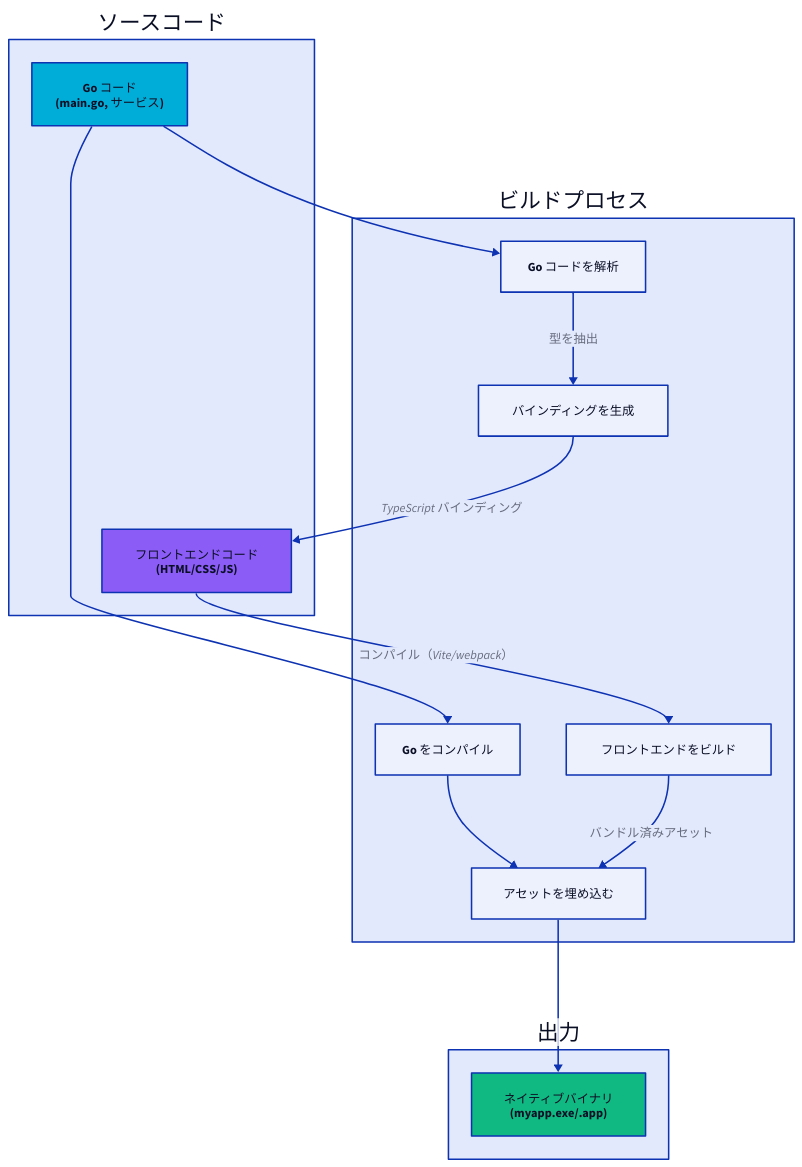
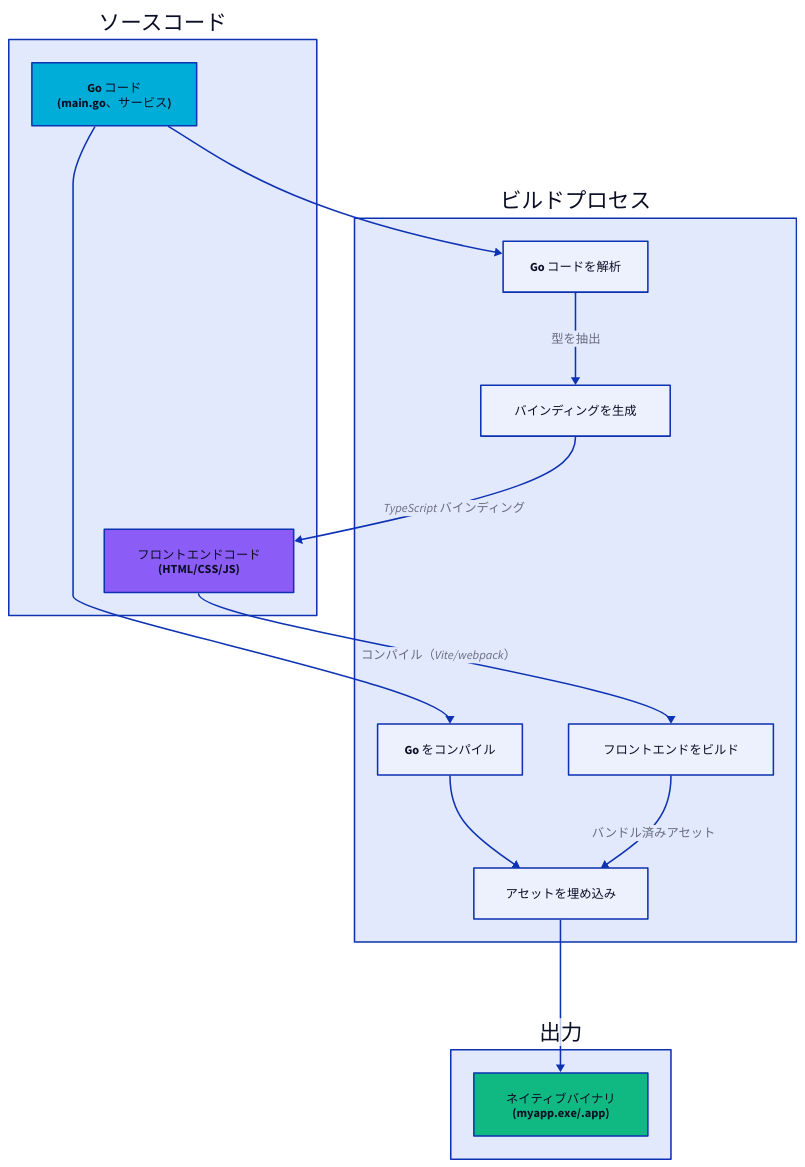
One commit to wailsapp/wails changed the fifth of 8 diagrams in docs/mpress/content/ja/concepts/architecture.md. Above: the diagram before and after it, drawn with D2. The commit also changed other lines of this file and 1096 other files, not shown here.

````diff
--- a/docs/mpress/content/ja/concepts/architecture.md
+++ b/docs/mpress/content/ja/concepts/architecture.md
@@ -343,53 +343,53 @@
 ```d2
 direction: down
 
 Source: ソースコード {
-  Go: "Go コード\n(main.go, サービス)" {
+  Go: "Go コード\n(main.go、サービス)" {
     shape: rectangle
     style.fill: "#00ADD8"
   }
 
   Frontend: "フロントエンドコード\n(HTML/CSS/JS)" {
     shape: rectangle
     style.fill: "#8B5CF6"
   }
 }
 
 Build: ビルドプロセス {
   AnalyseGo: Go コードを解析 {
     shape: rectangle
   }
 
   GenerateBindings: バインディングを生成 {
     shape: rectangle
   }
 
   BuildFrontend: フロントエンドをビルド {
     shape: rectangle
   }
 
   CompileGo: Go をコンパイル {
     shape: rectangle
   }
 
-  Embed: アセットを埋め込む {
+  Embed: アセットを埋め込み {
     shape: rectangle
   }
 }
 
 Output: 出力 {
   Binary: "ネイティブバイナリ\n(myapp.exe/.app)" {
     shape: rectangle
     style.fill: "#10B981"
   }
 }
 
 Source.Go -> Build.AnalyseGo
 Build.AnalyseGo -> Build.GenerateBindings: 型を抽出
 Build.GenerateBindings -> Source.Frontend: TypeScript バインディング
 Source.Frontend -> Build.BuildFrontend: コンパイル（Vite/webpack）
 Build.BuildFrontend -> Build.Embed: バンドル済みアセット
 Source.Go -> Build.CompileGo
 Build.CompileGo -> Build.Embed
 Build.Embed -> Output.Binary
 ```
````
